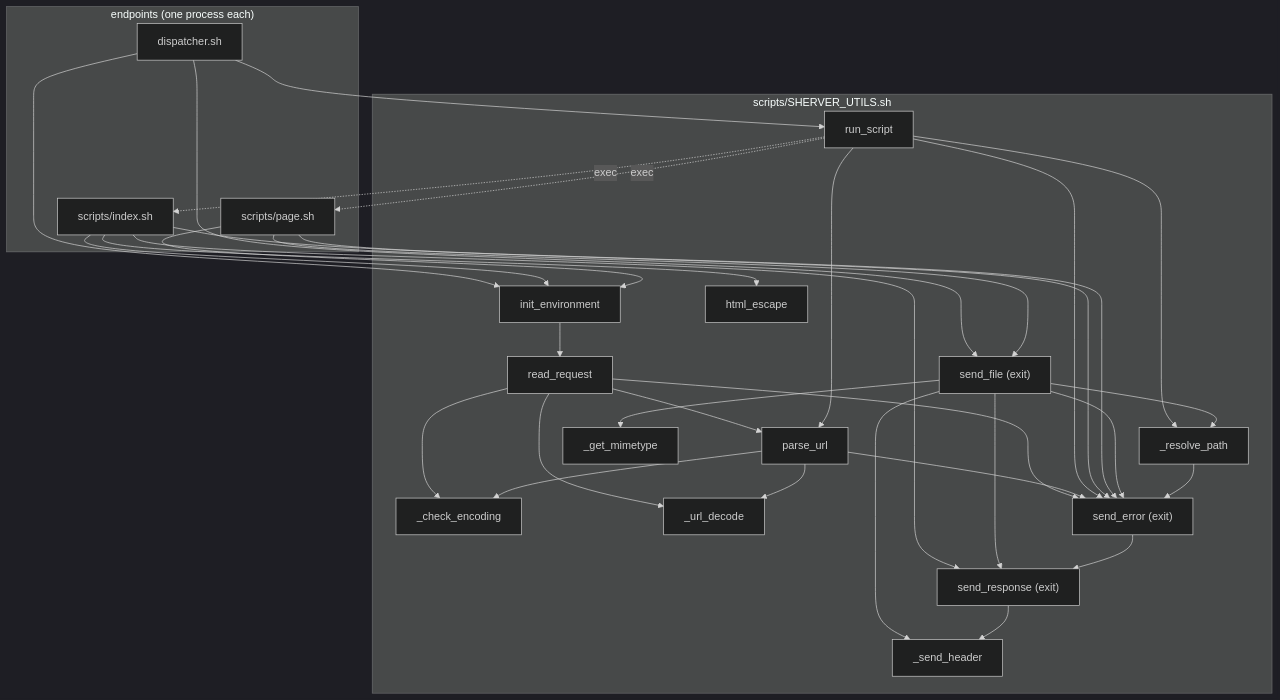
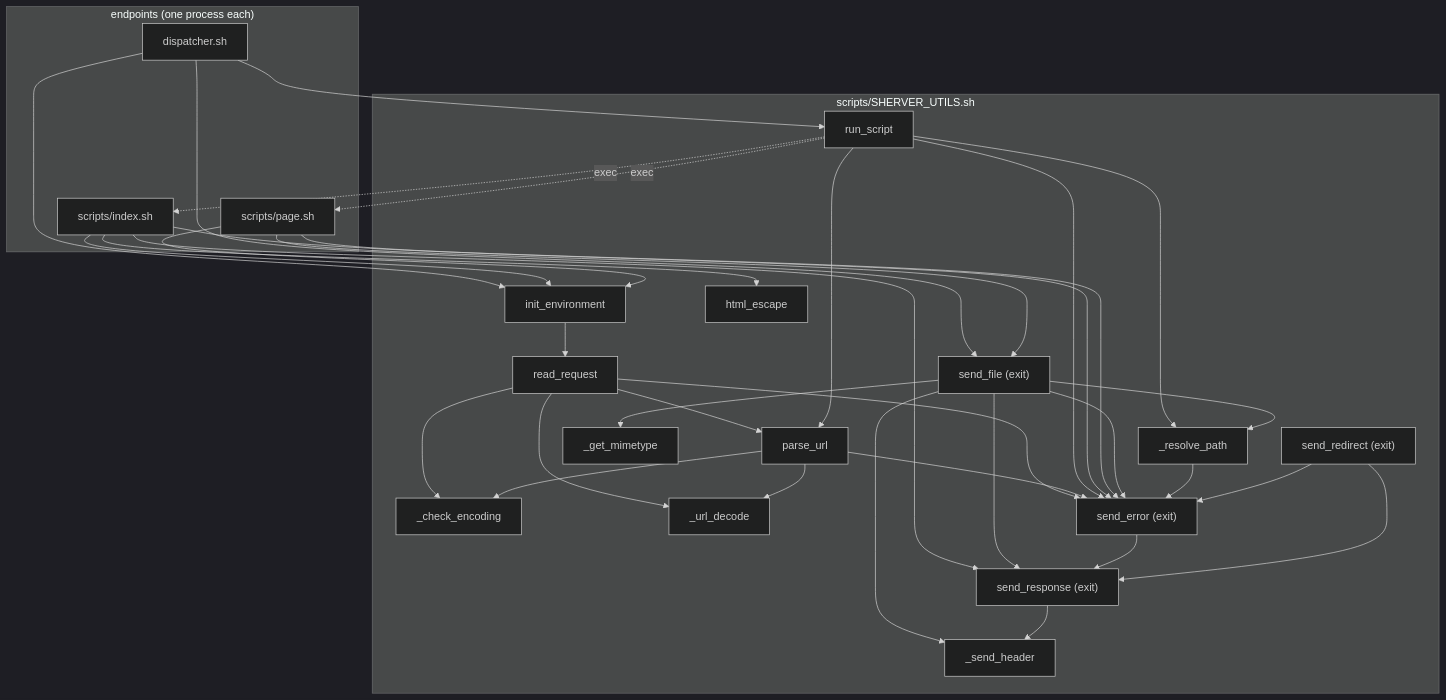
One commit to remileduc/sherver changed the diagram in docs/call-graph.md. Above: the diagram before and after it, drawn with Mermaid (dark theme). The commit also changed other lines of this file and 4 other files, not shown here.

````diff
--- a/docs/call-graph.md
+++ b/docs/call-graph.md
@@ -33,60 +33,63 @@
 ```mermaid
 flowchart TD
     subgraph endpoints ["endpoints (one process each)"]
         dispatcher[dispatcher.sh]
         index[scripts/index.sh]
         page[scripts/page.sh]
     end
 
     subgraph library ["scripts/SHERVER_UTILS.sh"]
         init_environment
         read_request
         parse_url
         check_encoding[_check_encoding]
         url_decode[_url_decode]
         resolve_path[_resolve_path]
         get_mimetype[_get_mimetype]
         html_escape
         send_header[_send_header]
         send_response["send_response (exit)"]
         send_file["send_file (exit)"]
         send_error["send_error (exit)"]
+        send_redirect["send_redirect (exit)"]
         run_script
     end
 
     dispatcher --> init_environment
     dispatcher --> send_file
     dispatcher --> run_script
 
     init_environment --> read_request
     read_request --> check_encoding
     read_request --> parse_url
     read_request --> url_decode
     read_request --> send_error
     parse_url --> check_encoding
     parse_url --> url_decode
     parse_url --> send_error
 
     run_script --> parse_url
     run_script --> resolve_path
     run_script --> send_error
     run_script -. exec .-> index
     run_script -. exec .-> page
 
     index --> init_environment
     index --> html_escape
     index --> send_response
     index --> send_error
     page --> init_environment
     page --> send_error
     page --> send_file
 
     send_file --> resolve_path
     send_file --> get_mimetype
     send_file --> send_response
     send_file --> send_header
     send_file --> send_error
     resolve_path --> send_error
     send_error --> send_response
+    send_redirect --> send_response
+    send_redirect --> send_error
     send_response --> send_header
 ```
````
